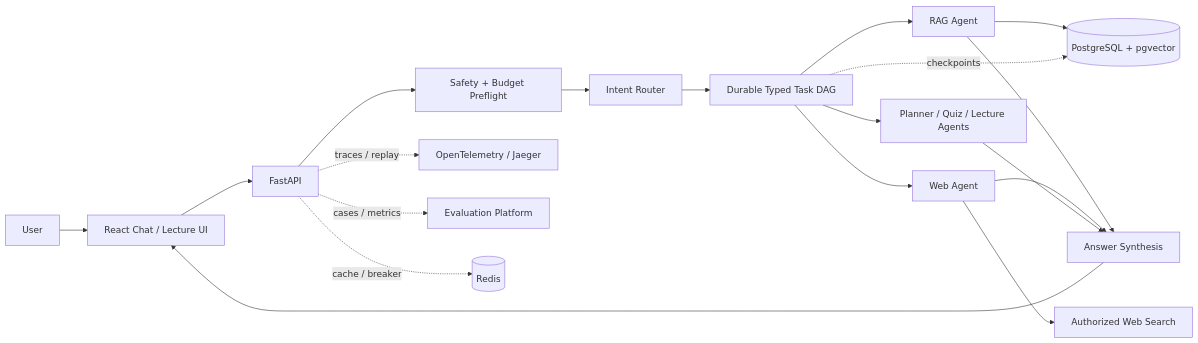
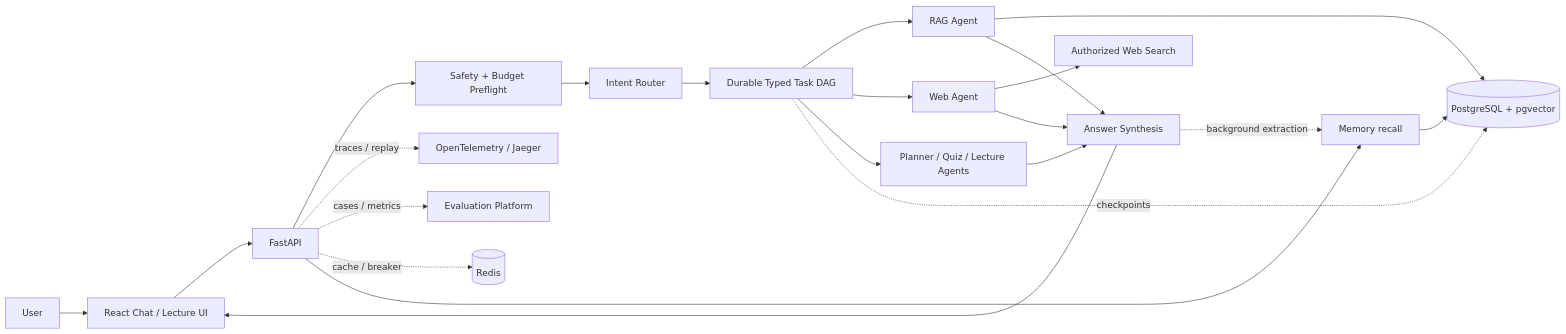
One commit to Shengyuan-Liu/teacher-agent changed the diagram in README.md. Above: the diagram before and after it, drawn with Mermaid. The commit also changed other lines of this file and 34 other files, not shown here.

````diff
--- a/README.md
+++ b/README.md
@@ -41,23 +44,26 @@
 ```mermaid
 flowchart LR
     U[User] --> UI[React Chat / Lecture UI]
     UI --> API[FastAPI]
     API --> SAFE[Safety + Budget Preflight]
     SAFE --> R[Intent Router]
     R --> DAG[Durable Typed Task DAG]
 
     DAG --> RAG[RAG Agent]
     DAG --> WEB[Web Agent]
     DAG --> PLAN[Planner / Quiz / Lecture Agents]
     RAG --> PG[(PostgreSQL + pgvector)]
     WEB --> SEARCH[Authorized Web Search]
     RAG --> ANSWER[Answer Synthesis]
     WEB --> ANSWER
     PLAN --> ANSWER
     ANSWER --> UI
 
     DAG -. checkpoints .-> PG
     API -. traces / replay .-> OTEL[OpenTelemetry / Jaeger]
     API -. cases / metrics .-> EVAL[Evaluation Platform]
     API -. cache / breaker .-> REDIS[(Redis)]
+    API --> MEM[Memory recall]
+    MEM --> PG
+    ANSWER -. background extraction .-> MEM
 ```
````
